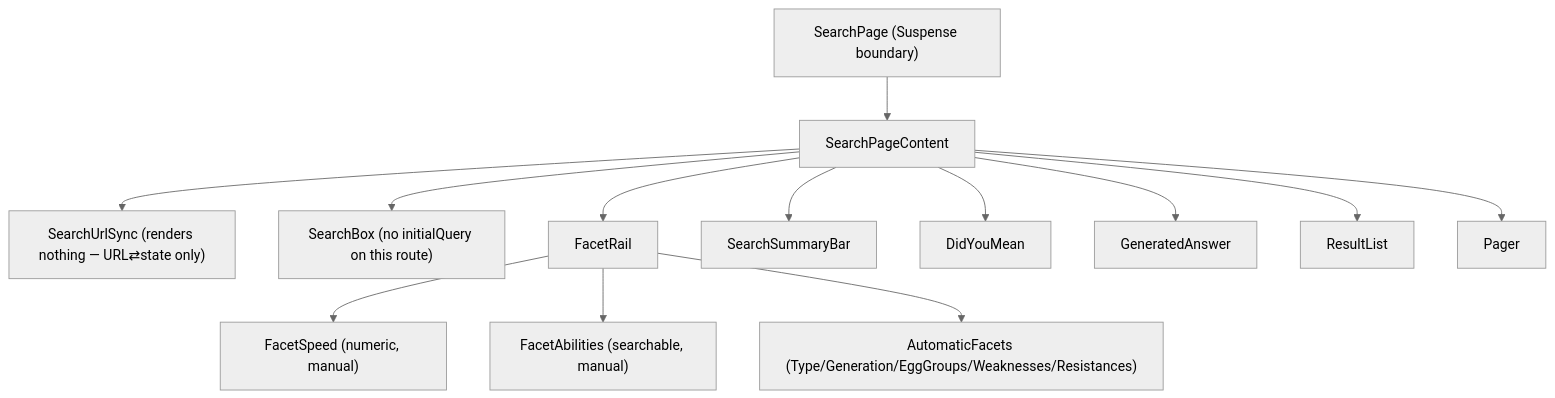
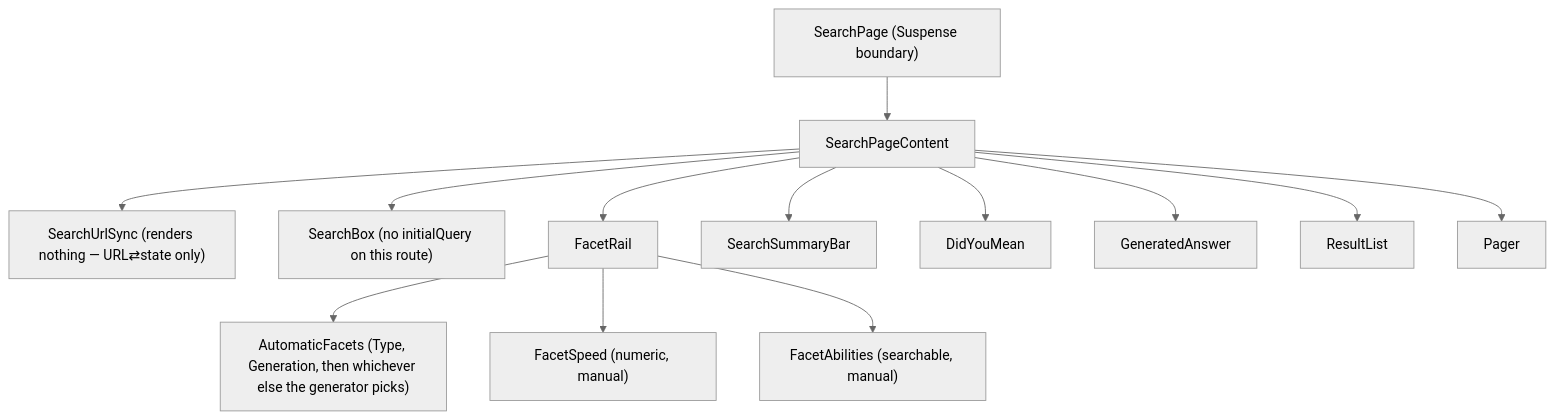
One commit to venkateshnalla94/coveo-pokemon-assessment changed the first of 2 diagrams in docs/architecture/02-search-page.md. Above: the diagram before and after it, drawn with Mermaid (neutral theme). The commit also changed other lines of this file and 15 other files, not shown here.

First line of the commit message:
Clean up and expand docs: fix stale ADRs/architecture, retrofit missing ADRs, expand README

````diff
--- a/docs/architecture/02-search-page.md
+++ b/docs/architecture/02-search-page.md
@@ -9,29 +9,29 @@
 ```mermaid
 graph TD
     SP["SearchPage (Suspense boundary)"]
     SPC["SearchPageContent"]
     SUS["SearchUrlSync (renders nothing — URL⇄state only)"]
     SB["SearchBox (no initialQuery on this route)"]
     FR["FacetRail"]
+    AF["AutomaticFacets (Type, Generation, then whichever else the generator picks)"]
     FSp["FacetSpeed (numeric, manual)"]
     FA["FacetAbilities (searchable, manual)"]
-    AF["AutomaticFacets (Type/Generation/EggGroups/Weaknesses/Resistances)"]
     SSB["SearchSummaryBar"]
     DYM["DidYouMean"]
     GA["GeneratedAnswer"]
     RL["ResultList"]
     Pg["Pager"]
 
     SP --> SPC
     SPC --> SUS
     SPC --> SB
     SPC --> FR
+    FR --> AF
     FR --> FSp
     FR --> FA
-    FR --> AF
     SPC --> SSB
     SPC --> DYM
     SPC --> GA
     SPC --> RL
     SPC --> Pg
 ```
````
